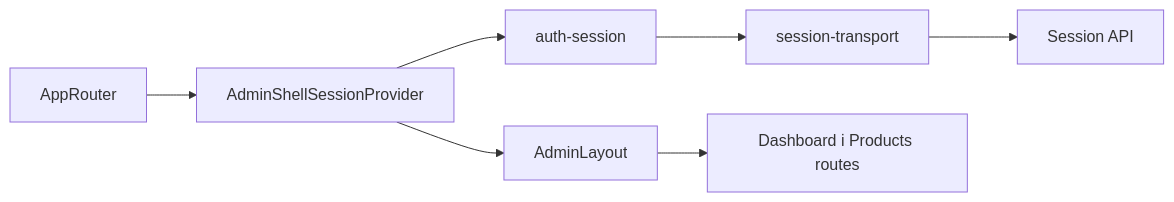
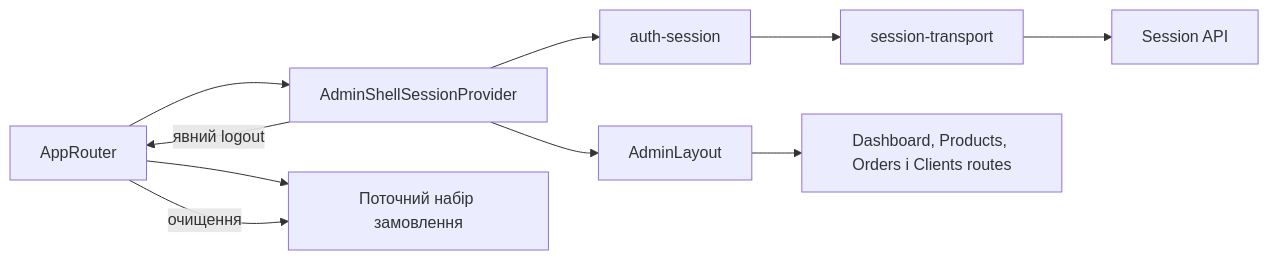
One commit to Weretik/kedr-web changed the diagram in docs/features/admin/session.md. Above: the diagram before and after it, drawn with Mermaid. The commit also changed other lines of this file and 121 other files, not shown here.

````diff
--- a/docs/features/admin/session.md
+++ b/docs/features/admin/session.md
@@ -10,9 +10,12 @@
 ```mermaid
 flowchart LR
 Router["AppRouter"] --> Provider["AdminShellSessionProvider"]
 Provider --> Layout["AdminLayout"]
 Provider --> Session["auth-session"]
 Session --> Transport["session-transport"]
 Transport --> API["Session API"]
-Layout --> Routes["Dashboard і Products routes"]
+Layout --> Routes["Dashboard, Products, Orders і Clients routes"]
+Router --> Local["Поточний набір замовлення"]
+Provider -->|явний logout| Router
+Router -->|очищення| Local
 ```
````
